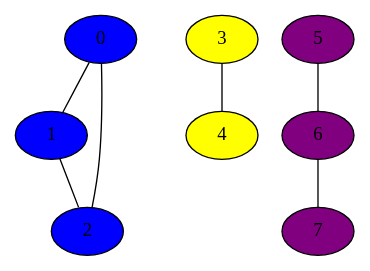
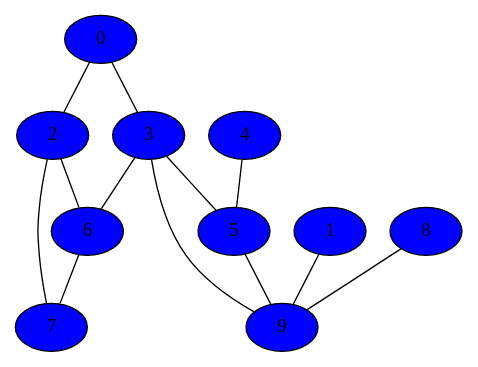
One commit to quanganhquanganh/Discrete-Maths-Graph-Library changed the diagram in files/component.dot. Above: the diagram before and after it, drawn with Graphviz. The commit also changed 23 other files, not shown here.

```diff
--- a/files/component.dot
+++ b/files/component.dot
@@ -1,16 +1,24 @@
 digraph {
 	0 [fillcolor = blue, style = filled];
 	1 [fillcolor = blue, style = filled];
 	2 [fillcolor = blue, style = filled];
-	3 [fillcolor = yellow, style = filled];
-	4 [fillcolor = yellow, style = filled];
-	5 [fillcolor = purple, style = filled];
-	6 [fillcolor = purple, style = filled];
-	7 [fillcolor = purple, style = filled];
-	0 -> 1 [dir=none];
+	3 [fillcolor = blue, style = filled];
+	4 [fillcolor = blue, style = filled];
+	5 [fillcolor = blue, style = filled];
+	6 [fillcolor = blue, style = filled];
+	7 [fillcolor = blue, style = filled];
+	8 [fillcolor = blue, style = filled];
+	9 [fillcolor = blue, style = filled];
 	0 -> 2 [dir=none];
-	1 -> 2 [dir=none];
-	3 -> 4 [dir=none];
-	5 -> 6 [dir=none];
+	0 -> 3 [dir=none];
+	1 -> 9 [dir=none];
+	2 -> 6 [dir=none];
+	2 -> 7 [dir=none];
+	3 -> 5 [dir=none];
+	3 -> 6 [dir=none];
+	3 -> 9 [dir=none];
+	4 -> 5 [dir=none];
+	5 -> 9 [dir=none];
 	6 -> 7 [dir=none];
+	8 -> 9 [dir=none];
 }
```
